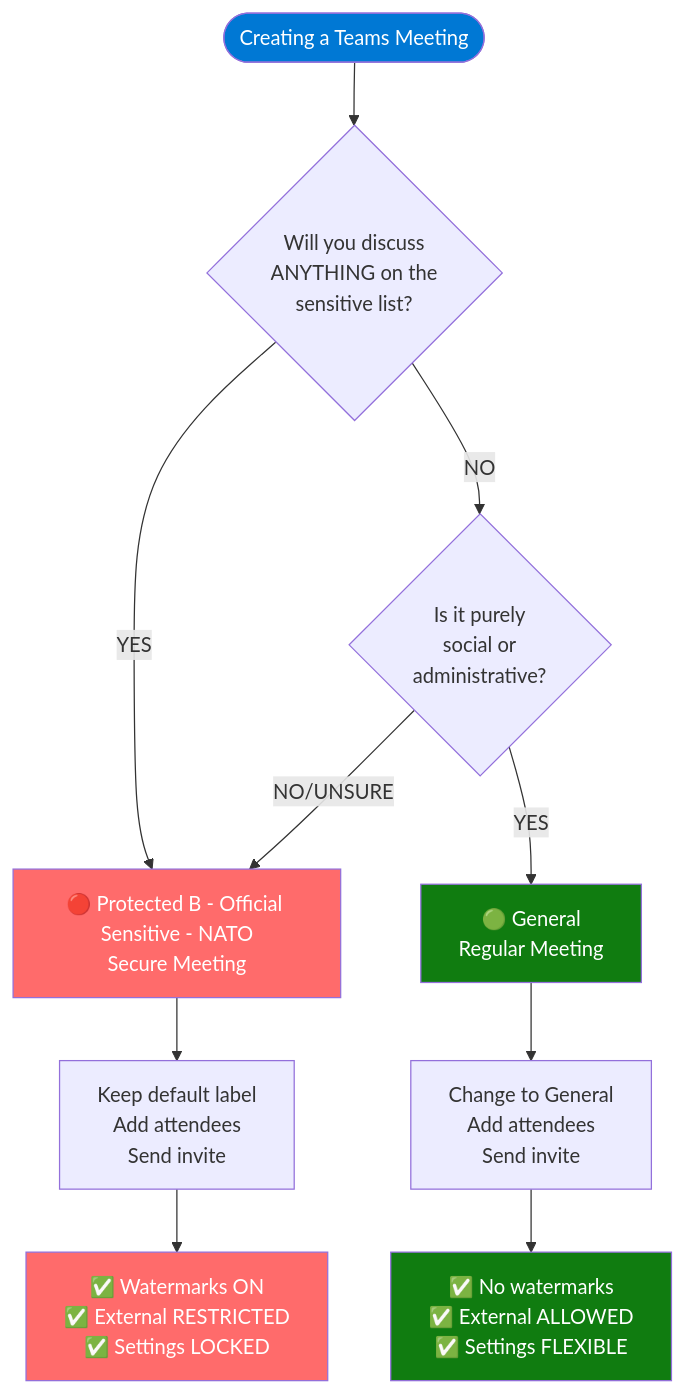
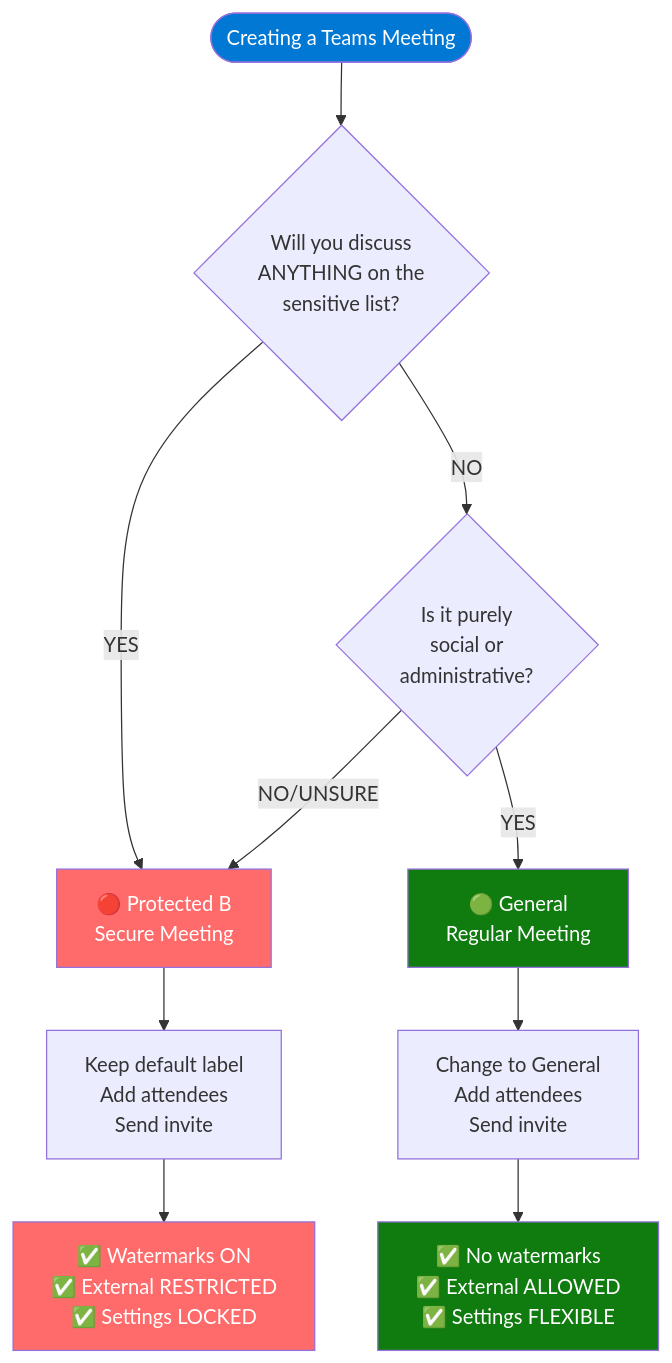
One commit to Cloudstrucc/Public changed the first of 4 diagrams in docs/Teams/latest/package/DECISION-TREE-VISUAL-GUIDE.md. Above: the diagram before and after it, drawn with Mermaid. The commit also changed other lines of this file, not shown here.

````diff
--- a/docs/Teams/latest/package/DECISION-TREE-VISUAL-GUIDE.md
+++ b/docs/Teams/latest/package/DECISION-TREE-VISUAL-GUIDE.md
@@ -26,22 +25,22 @@
 ```mermaid
 flowchart TD
     Start([Creating a Teams Meeting]) --> Q1{Will you discuss<br/>ANYTHING on the<br/>sensitive list?}
     
-    Q1 -->|YES| Secure[🔴 Protected B - Official Sensitive - NATO<br/>Secure Meeting]
+    Q1 -->|YES| Secure[🔴 Protected B<br/>Secure Meeting]
     Q1 -->|NO| Q2{Is it purely<br/>social or<br/>administrative?}
     
     Q2 -->|YES| Regular[🟢 General<br/>Regular Meeting]
     Q2 -->|NO/UNSURE| Secure
     
     Secure --> Action1[Keep default label<br/>Add attendees<br/>Send invite]
     Regular --> Action2[Change to General<br/>Add attendees<br/>Send invite]
     
     Action1 --> Result1[✅ Watermarks ON<br/>✅ External RESTRICTED<br/>✅ Settings LOCKED]
     Action2 --> Result2[✅ No watermarks<br/>✅ External ALLOWED<br/>✅ Settings FLEXIBLE]
     
     style Start fill:#0078d4,color:#fff
     style Secure fill:#ff6b6b,color:#fff
     style Regular fill:#107c10,color:#fff
     style Result1 fill:#ff6b6b,color:#fff
     style Result2 fill:#107c10,color:#fff
 ```
````
